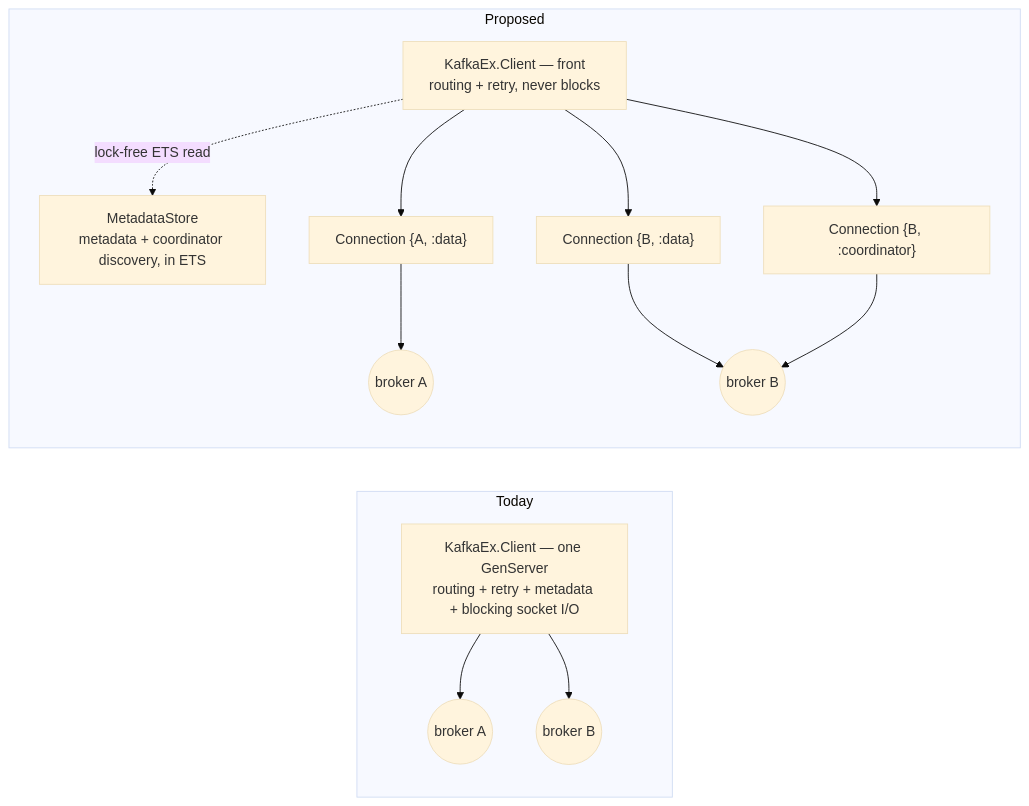
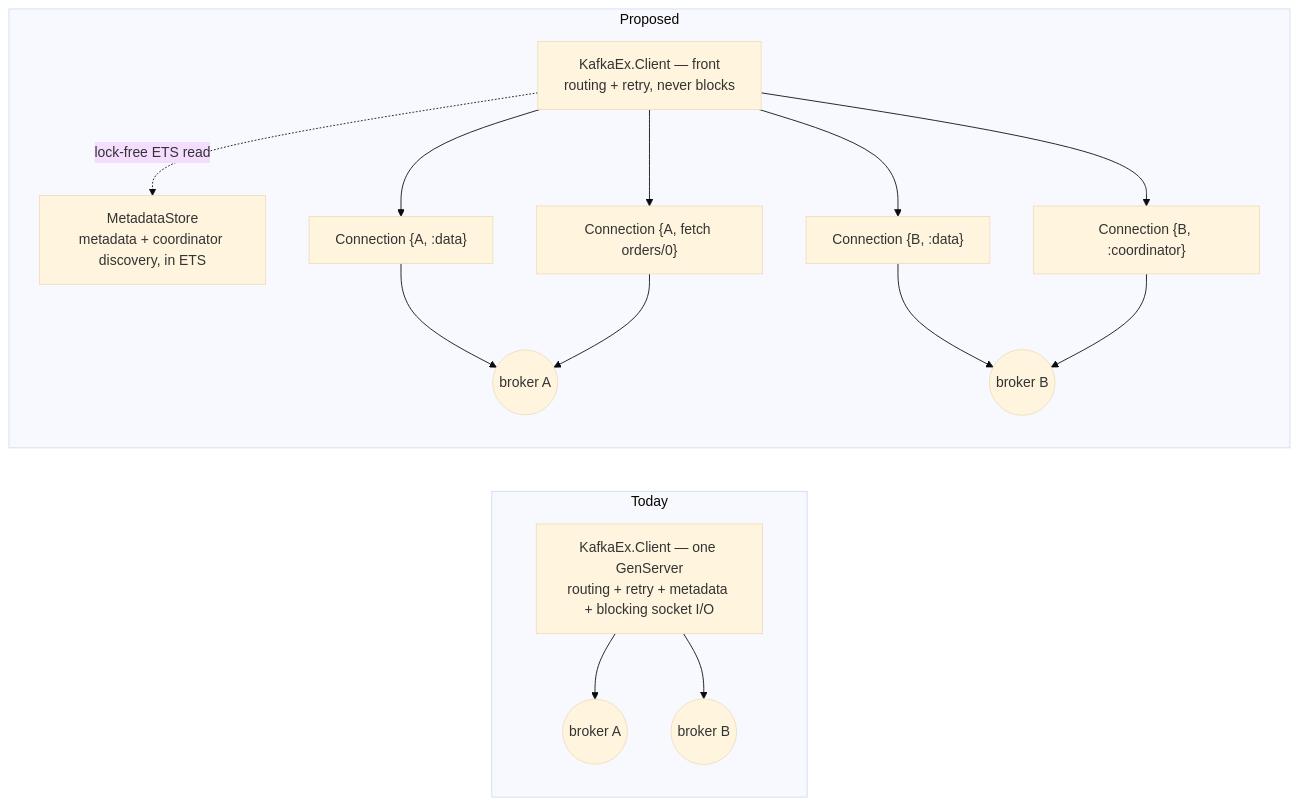
Before and after one commit to kafkaex/kafka_ex: the first of 10 diagrams in docs/rfcs/0001-client-process-architecture.md, drawn with Mermaid (base theme). The commit also changed other lines of this file, not shown here.

First line of the commit message:
docs(rfc-0001): fetch over a connection per consumed partition, brod-style

````diff
--- a/docs/rfcs/0001-client-process-architecture.md
+++ b/docs/rfcs/0001-client-process-architecture.md
@@ -71,19 +75,21 @@
 ```mermaid
 flowchart LR
     subgraph today["Today"]
         C1["KafkaEx.Client — one GenServer<br/>routing + retry + metadata + blocking socket I/O"]
         C1 --> A1(("broker A"))
         C1 --> B1(("broker B"))
     end
     subgraph after["Proposed"]
         F["KafkaEx.Client — front<br/>routing + retry, never blocks"]
         S["MetadataStore<br/>metadata + coordinator discovery, in ETS"]
         CA["Connection {A, :data}"]
+        CF["Connection {A, fetch orders/0}"]
         CB["Connection {B, :data}"]
         CC["Connection {B, :coordinator}"]
         F -. "lock-free ETS read" .-> S
         F --> CA --> A2(("broker A"))
+        F --> CF --> A2
         F --> CB --> B2(("broker B"))
         F --> CC --> B2
     end
 ```
````
